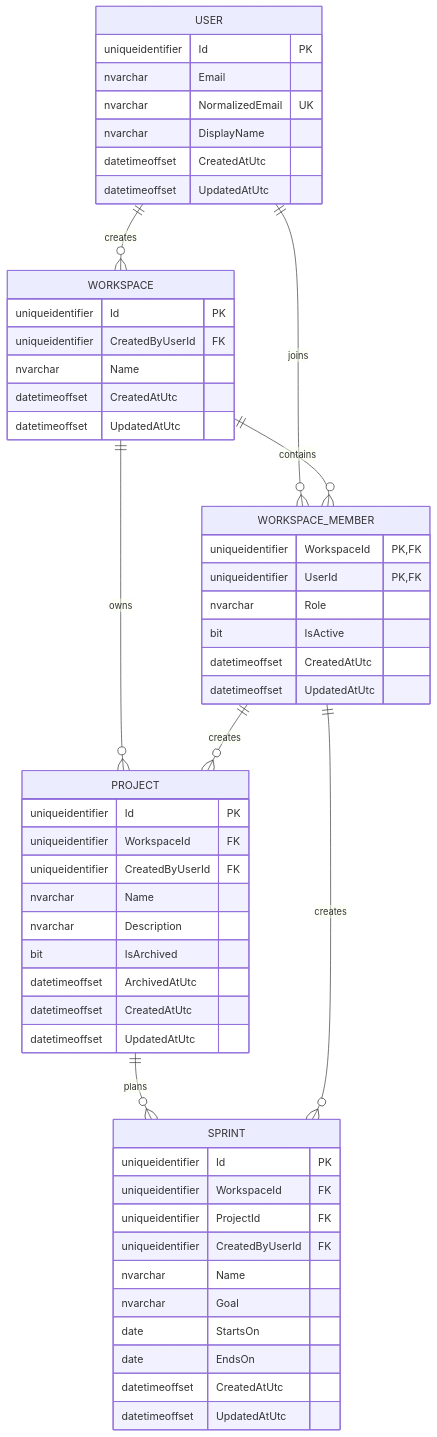
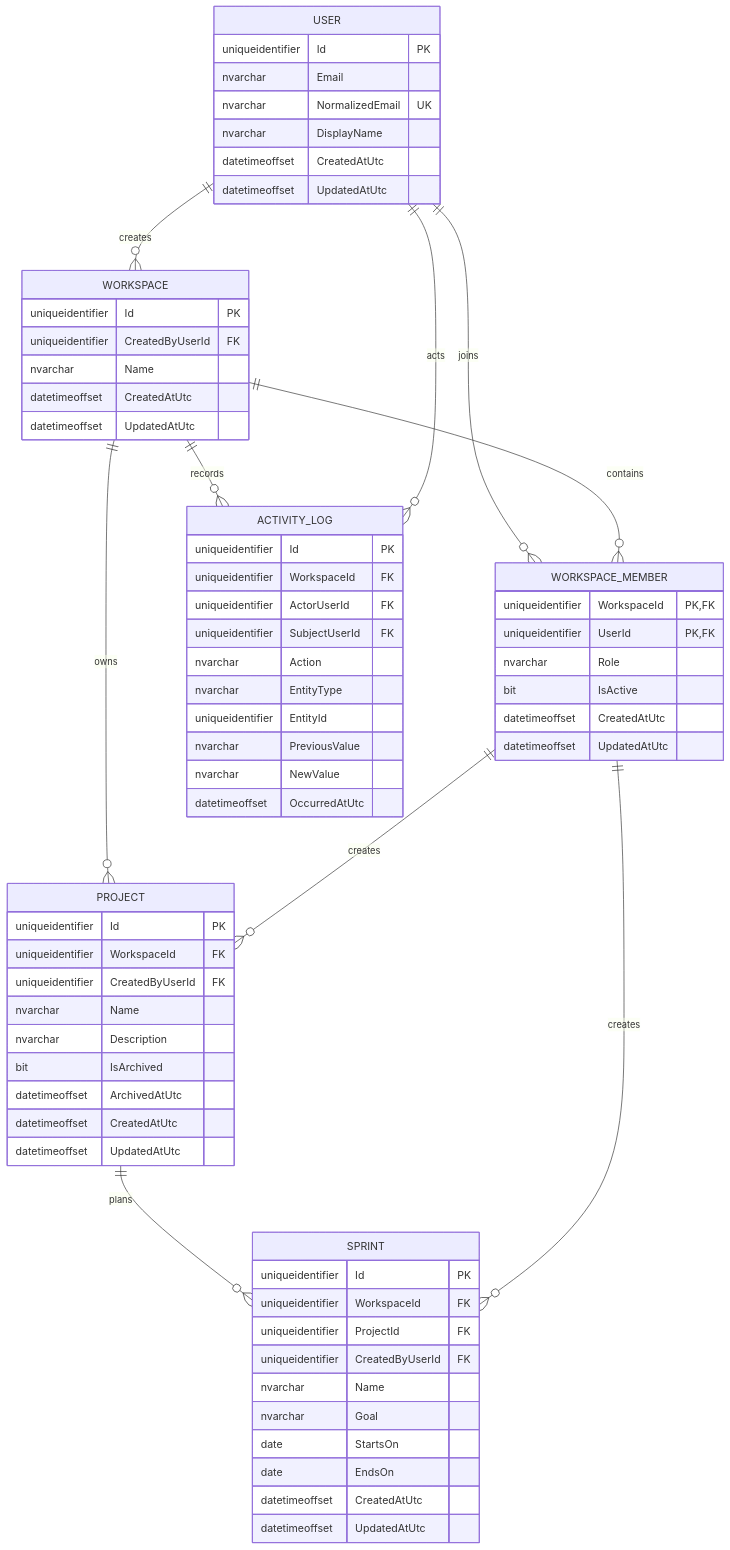
One commit to Btrung-uit/TeamPulse changed the diagram in docs/diagrams/m1-foundation-erd.md. Above: the diagram before and after it, drawn with Mermaid. The commit also changed other lines of this file and 38 other files, not shown here.

````diff
--- a/docs/diagrams/m1-foundation-erd.md
+++ b/docs/diagrams/m1-foundation-erd.md
@@ -7,61 +8,76 @@
 ```mermaid
 erDiagram
     USER ||--o{ WORKSPACE : creates
     USER ||--o{ WORKSPACE_MEMBER : joins
     WORKSPACE ||--o{ WORKSPACE_MEMBER : contains
     WORKSPACE ||--o{ PROJECT : owns
     WORKSPACE_MEMBER ||--o{ PROJECT : creates
     PROJECT ||--o{ SPRINT : plans
     WORKSPACE_MEMBER ||--o{ SPRINT : creates
+    WORKSPACE ||--o{ ACTIVITY_LOG : records
+    USER ||--o{ ACTIVITY_LOG : acts
 
     USER {
         uniqueidentifier Id PK
         nvarchar Email
         nvarchar NormalizedEmail UK
         nvarchar DisplayName
         datetimeoffset CreatedAtUtc
         datetimeoffset UpdatedAtUtc
     }
 
     WORKSPACE {
         uniqueidentifier Id PK
         uniqueidentifier CreatedByUserId FK
         nvarchar Name
         datetimeoffset CreatedAtUtc
         datetimeoffset UpdatedAtUtc
     }
 
     WORKSPACE_MEMBER {
         uniqueidentifier WorkspaceId PK,FK
         uniqueidentifier UserId PK,FK
         nvarchar Role
         bit IsActive
         datetimeoffset CreatedAtUtc
         datetimeoffset UpdatedAtUtc
     }
 
     PROJECT {
         uniqueidentifier Id PK
         uniqueidentifier WorkspaceId FK
         uniqueidentifier CreatedByUserId FK
         nvarchar Name
         nvarchar Description
         bit IsArchived
         datetimeoffset ArchivedAtUtc
         datetimeoffset CreatedAtUtc
         datetimeoffset UpdatedAtUtc
     }
 
     SPRINT {
         uniqueidentifier Id PK
         uniqueidentifier WorkspaceId FK
         uniqueidentifier ProjectId FK
         uniqueidentifier CreatedByUserId FK
         nvarchar Name
         nvarchar Goal
         date StartsOn
         date EndsOn
         datetimeoffset CreatedAtUtc
         datetimeoffset UpdatedAtUtc
     }
+
+    ACTIVITY_LOG {
+        uniqueidentifier Id PK
+        uniqueidentifier WorkspaceId FK
+        uniqueidentifier ActorUserId FK
+        uniqueidentifier SubjectUserId FK
+        nvarchar Action
+        nvarchar EntityType
+        uniqueidentifier EntityId
+        nvarchar PreviousValue
+        nvarchar NewValue
+        datetimeoffset OccurredAtUtc
+    }
 ```
````
